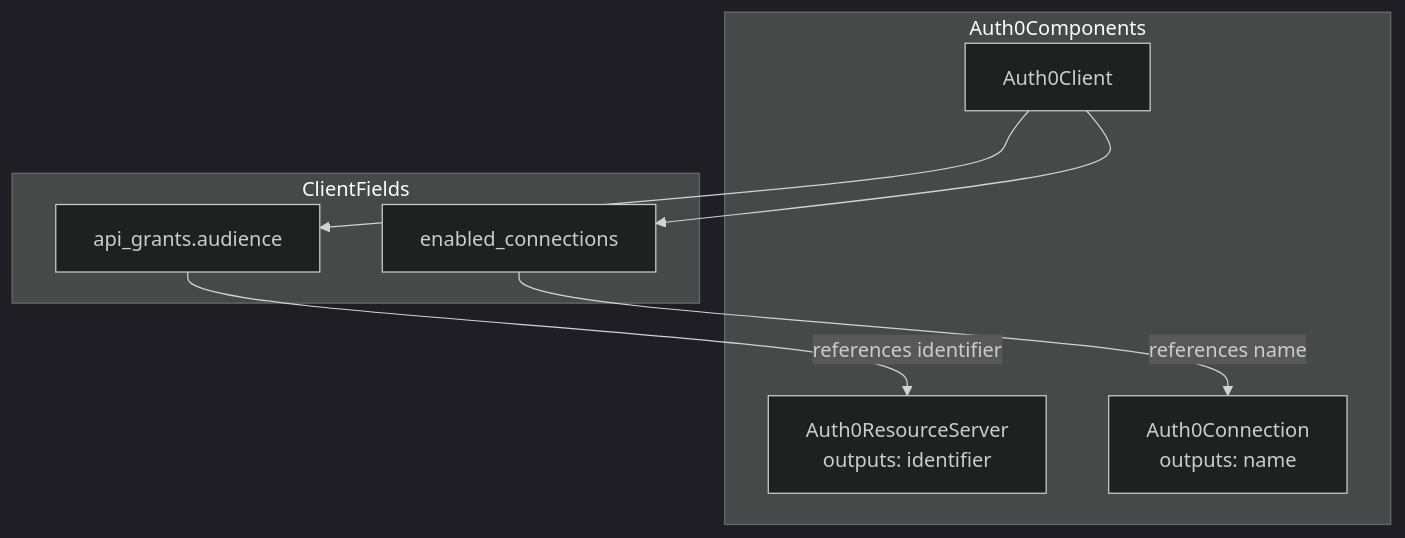
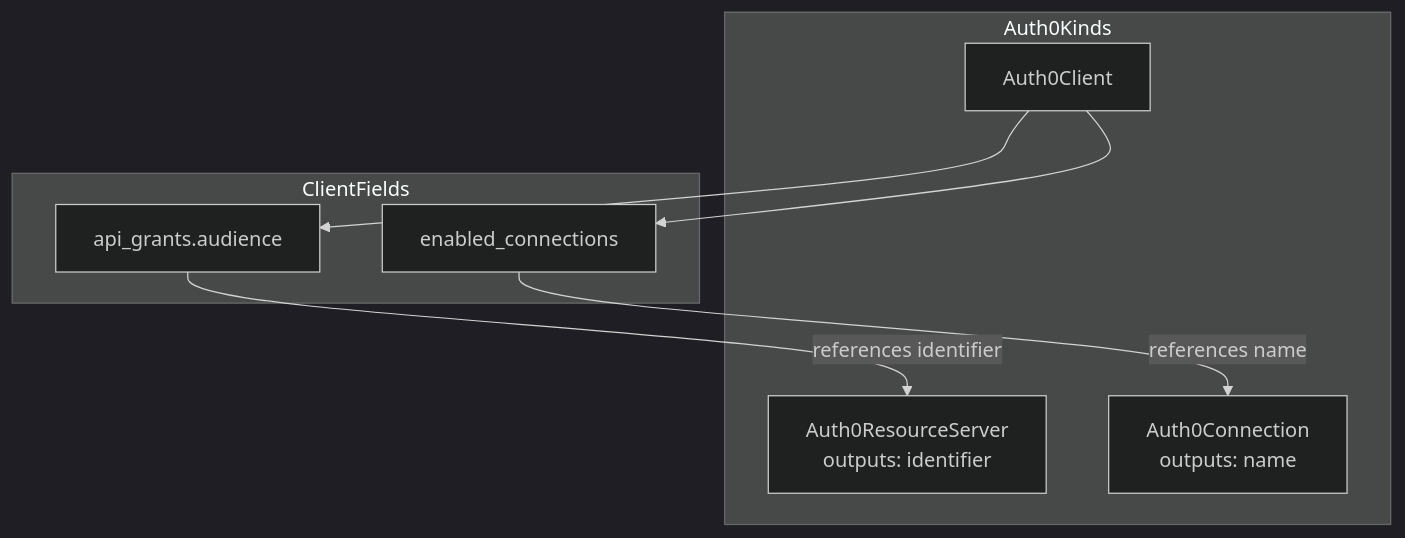
The diagram in _changelog/2026-01/2026-01-10-185920-auth0-client-cross-references.md (plantonhq/planton), drawn with Mermaid (dark theme) before and after one commit. The commit also changed other lines of this file and 19058 other files, not shown here.

````diff
--- a/_changelog/2026-01/2026-01-10-185920-auth0-client-cross-references.md
+++ b/_changelog/2026-01/2026-01-10-185920-auth0-client-cross-references.md
@@ -32,19 +32,19 @@
 ```mermaid
 flowchart TB
-    subgraph Auth0Components
+    subgraph Auth0Kinds
         RS[Auth0ResourceServer<br/>outputs: identifier]
         CLIENT[Auth0Client]
         CONN[Auth0Connection<br/>outputs: name]
     end
     
     subgraph ClientFields
         API_GRANTS[api_grants.audience]
         ENABLED_CONN[enabled_connections]
     end
     
     CLIENT --> API_GRANTS
     CLIENT --> ENABLED_CONN
     
     API_GRANTS -->|"references identifier"| RS
     ENABLED_CONN -->|"references name"| CONN
 ```
````
